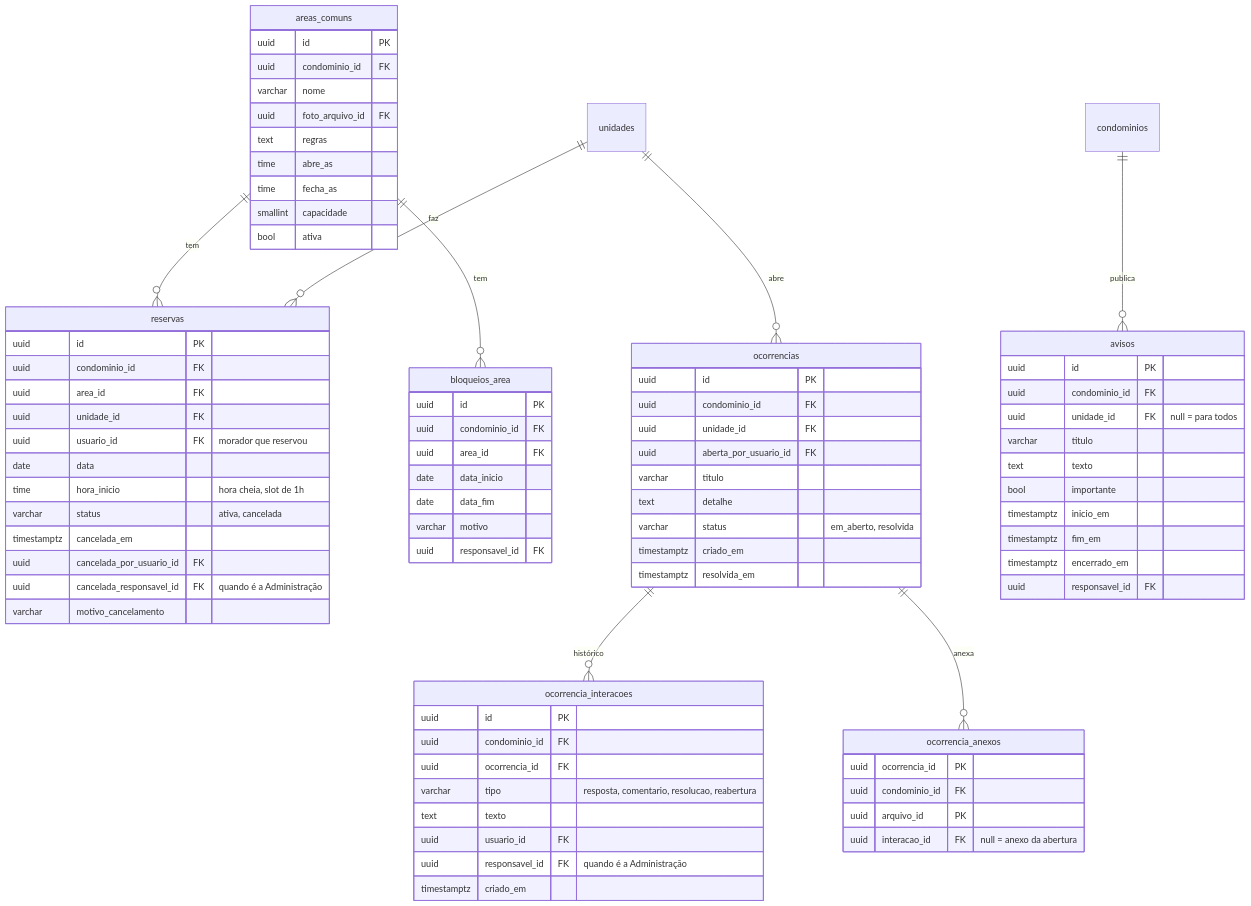
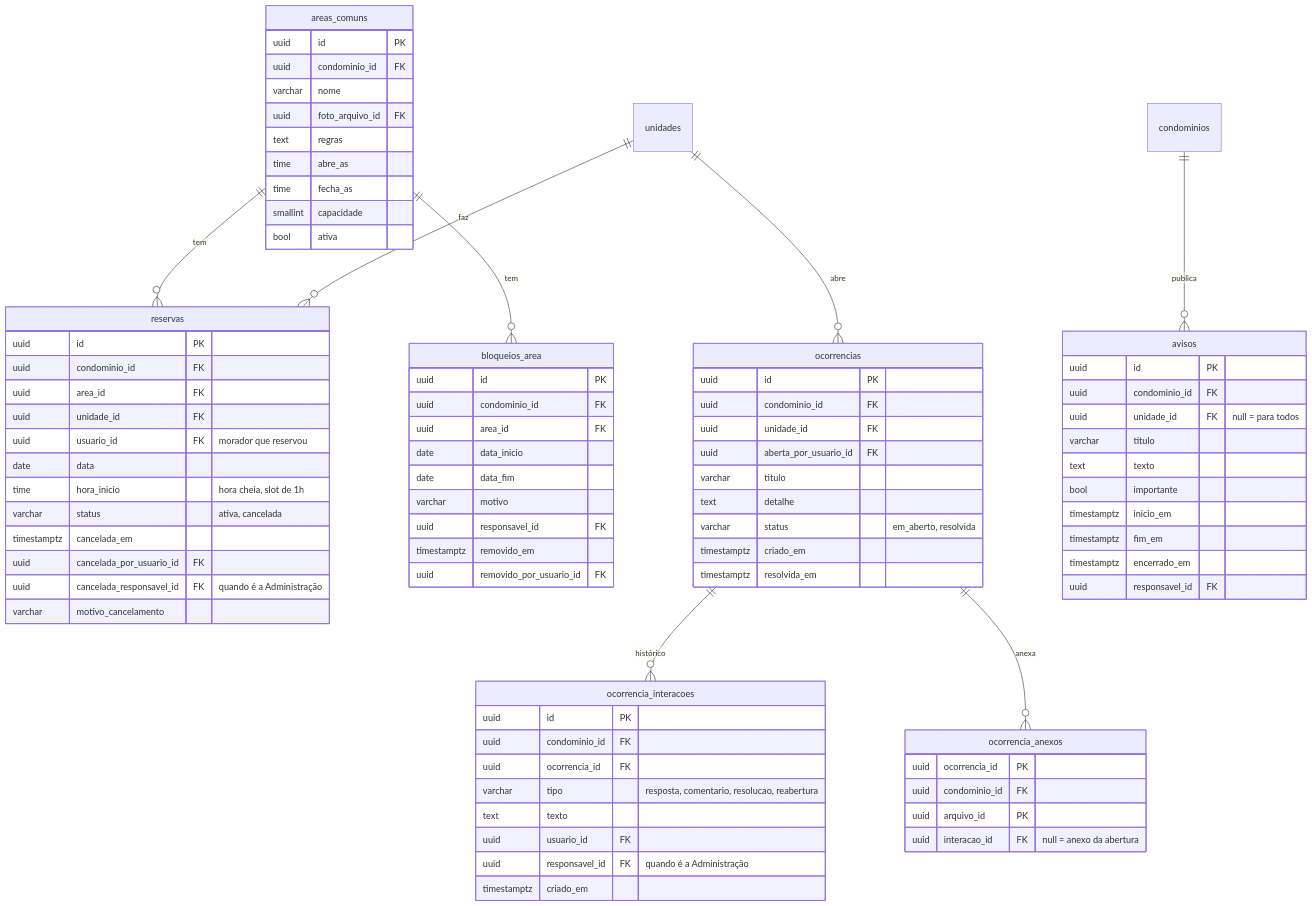
Before and after one commit to Eduardocin/sistema-gestao-condominios: the fourth of 5 diagrams in docs/modelo-de-dados.md, drawn with Mermaid. The commit also changed other lines of this file and 37 other files, not shown here.

```diff
--- a/docs/modelo-de-dados.md
+++ b/docs/modelo-de-dados.md
@@ -315,6 +316,8 @@
         date data_fim
         varchar motivo
         uuid responsavel_id FK
+        timestamptz removido_em
+        uuid removido_por_usuario_id FK
     }
     reservas {
         uuid id PK
```
